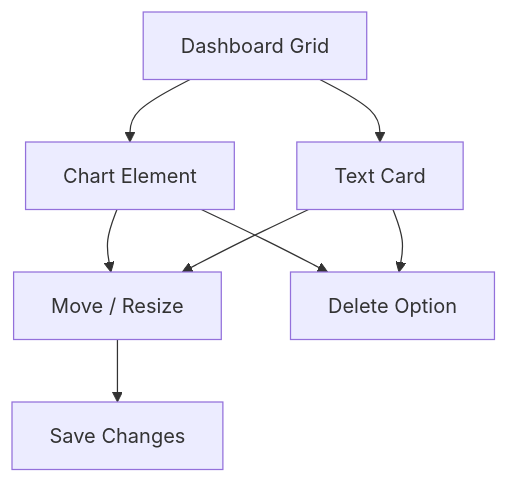
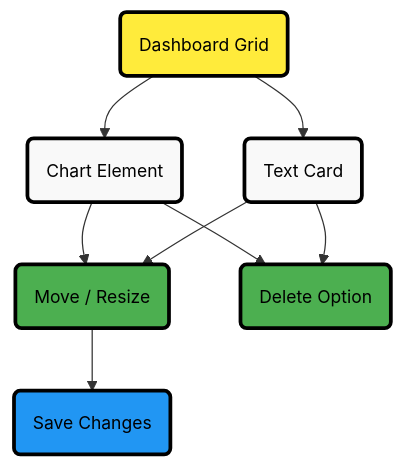
The diagram in docs/dashboards-and-charts/dashboards-tab.md (netdata/netdata), drawn with Mermaid before and after one commit. The commit also changed other lines of this file and 21 other files, not shown here.

Commit message:
Fix Mermaid diagrams across multiple files

````diff
--- a/docs/dashboards-and-charts/dashboards-tab.md
+++ b/docs/dashboards-and-charts/dashboards-tab.md
@@ -55,11 +51,23 @@
 ```mermaid
-graph TD
-    A[Dashboard Grid]
-    A --> B[Chart Element]
-    A --> C[Text Card]
-    B --> D[Move / Resize]
+flowchart TD
+    A("Dashboard Grid")
+    A --> B("Chart Element")
+    A --> C("Text Card")
+    B --> D("Move / Resize")
     C --> D
-    D --> E[Save Changes]
-    B --> F[Delete Option]
+    D --> E("Save Changes")
+    B --> F("Delete Option")
     C --> F
+
+    %% Style definitions
+    classDef alert fill:#ffeb3b,stroke:#000000,stroke-width:3px,color:#000000,font-size:14px
+    classDef neutral fill:#f9f9f9,stroke:#000000,stroke-width:3px,color:#000000,font-size:14px
+    classDef complete fill:#4caf50,stroke:#000000,stroke-width:3px,color:#000000,font-size:14px
+    classDef database fill:#2196F3,stroke:#000000,stroke-width:3px,color:#000000,font-size:14px
+
+    %% Apply styles
+    class A alert
+    class B,C neutral
+    class D,F complete
+    class E database
 ```
````
